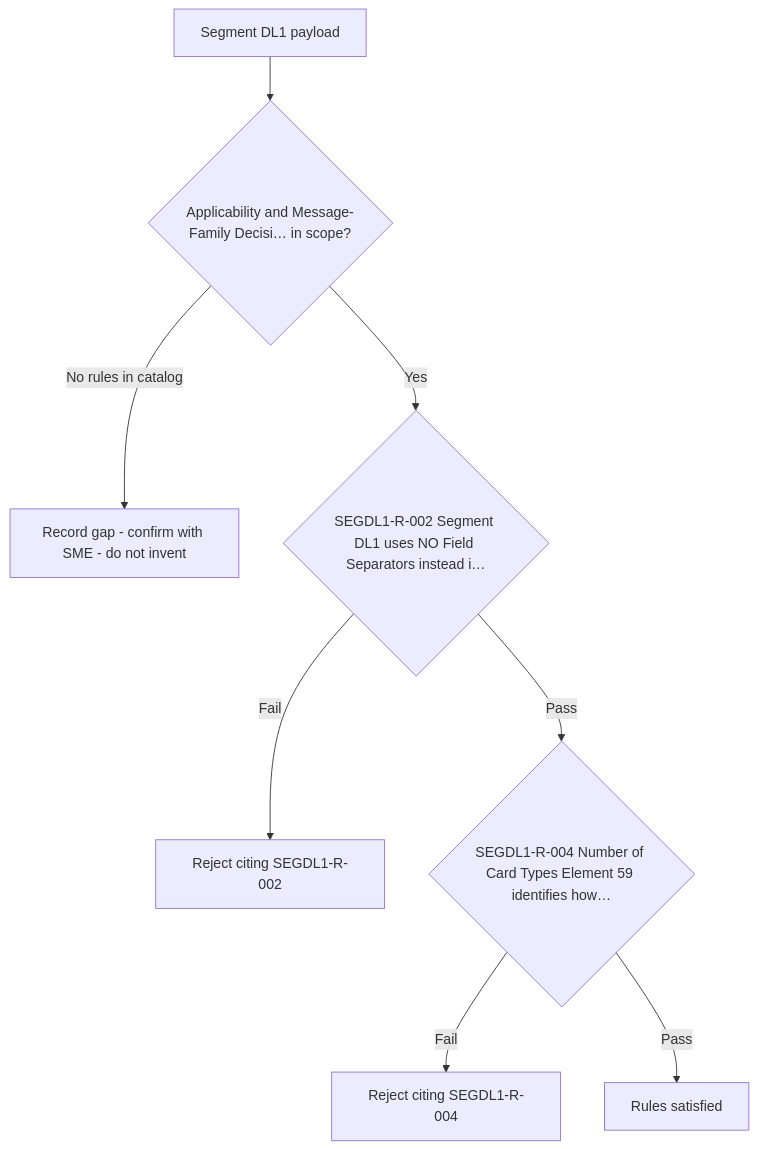
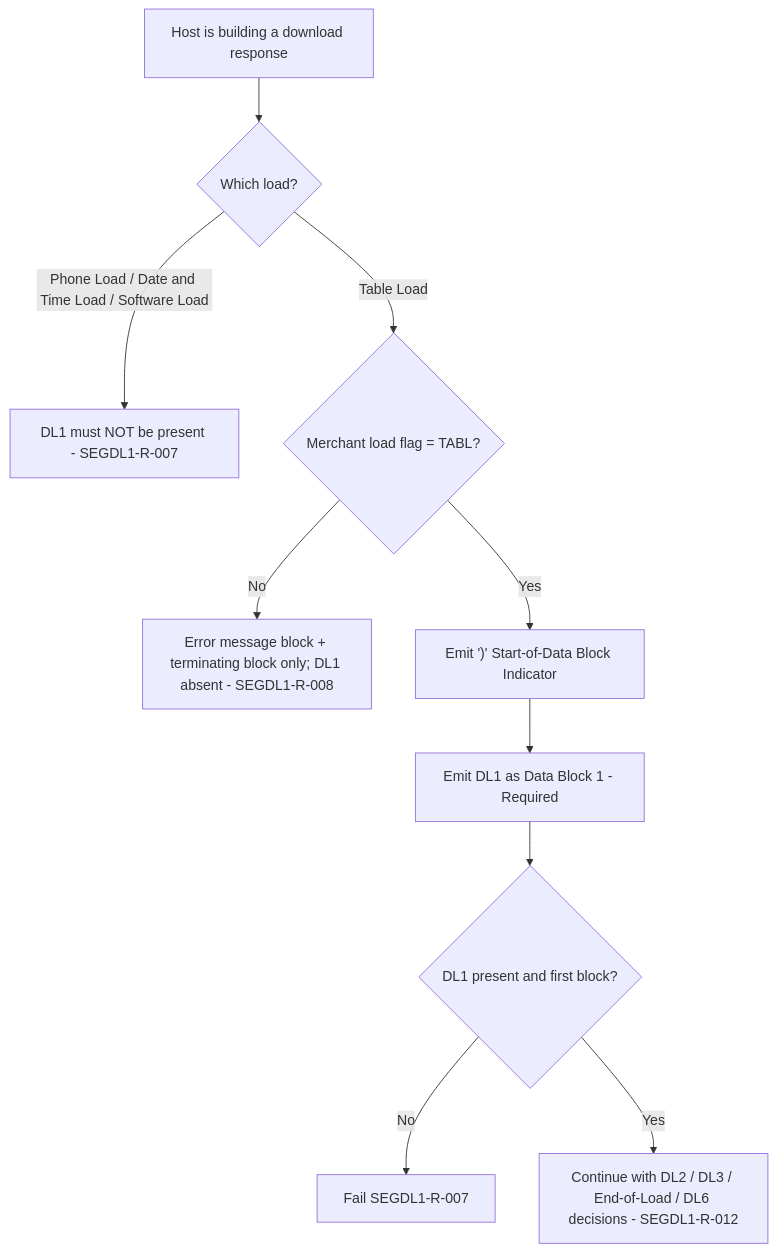
One commit to DhanSingh-hub/core-auth-ai-validation-framework changed the diagram in regression-artifact-validator/specifications/ATL105/docs/specs/kb/segment-DL1/applicability-decision-flow.md. Above: the diagram before and after it, drawn with Mermaid. The commit also changed other lines of this file and 29 other files, not shown here.

First line of the commit message:
docs(segment-DL1): retrain KB module against Segment 100 and the 11.7 Table Load layout

````diff
--- a/regression-artifact-validator/specifications/ATL105/docs/specs/kb/segment-DL1/applicability-decision-flow.md
+++ b/regression-artifact-validator/specifications/ATL105/docs/specs/kb/segment-DL1/applicability-decision-flow.md
@@ -3,10 +3,12 @@
 ```mermaid
 flowchart TD
-    A[Segment DL1 payload] --> B{Applicability and Message-Family Decisi… in scope?}
-    B -->|No rules in catalog| G[Record gap - confirm with SME - do not invent]
-    B -->|Yes| R1{SEGDL1-R-002 Segment DL1 uses NO Field Separators instead i…}
-    R1 -->|Fail| X1[Reject citing SEGDL1-R-002]
-    R1 -->|Pass| R2{SEGDL1-R-004 Number of Card Types Element 59 identifies how…}
-    R2 -->|Fail| X2[Reject citing SEGDL1-R-004]
-    R2 -->|Pass| Z[Rules satisfied]
+    A[Host is building a download response] --> B{Which load?}
+    B -->|Phone Load / Date and Time Load / Software Load| N1[DL1 must NOT be present - SEGDL1-R-007]
+    B -->|Table Load| C{Merchant load flag = TABL?}
+    C -->|No| N2[Error message block + terminating block only; DL1 absent - SEGDL1-R-008]
+    C -->|Yes| D["Emit ')' Start-of-Data Block Indicator"]
+    D --> E[Emit DL1 as Data Block 1 - Required]
+    E --> F{DL1 present and first block?}
+    F -->|No| X1[Fail SEGDL1-R-007]
+    F -->|Yes| G[Continue with DL2 / DL3 / End-of-Load / DL6 decisions - SEGDL1-R-012]
 ```
````
